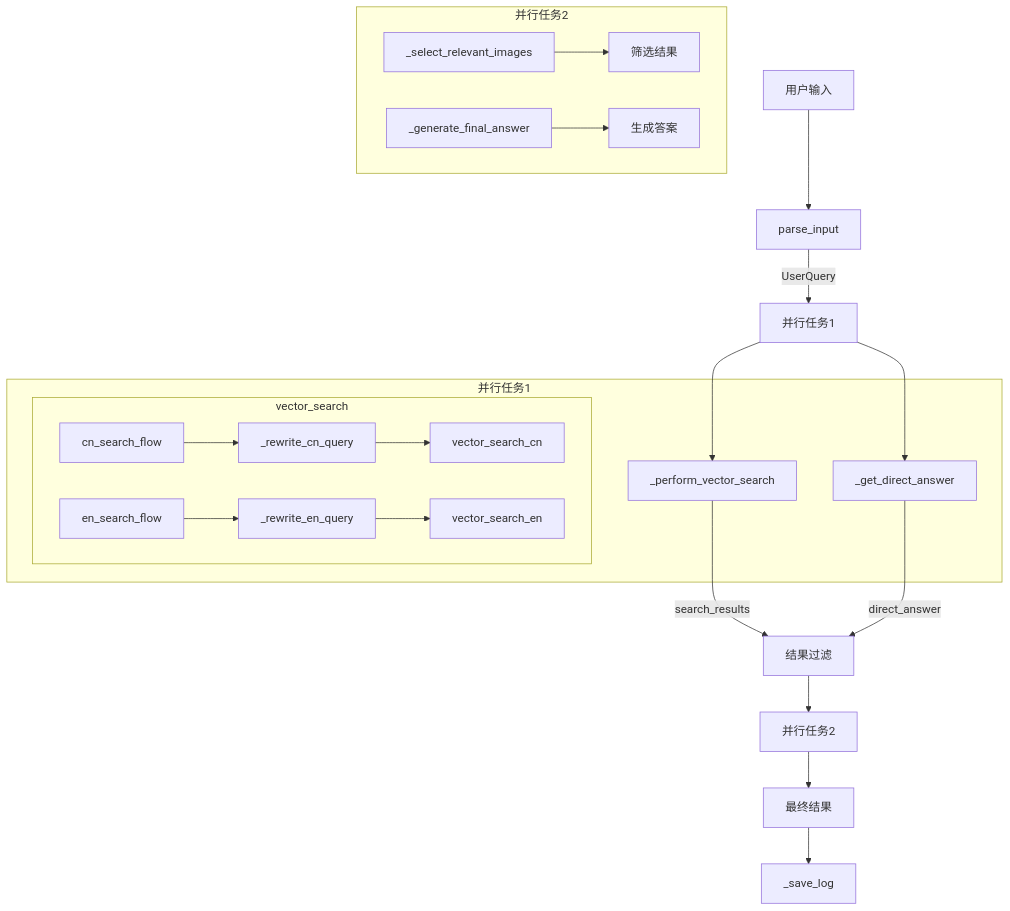
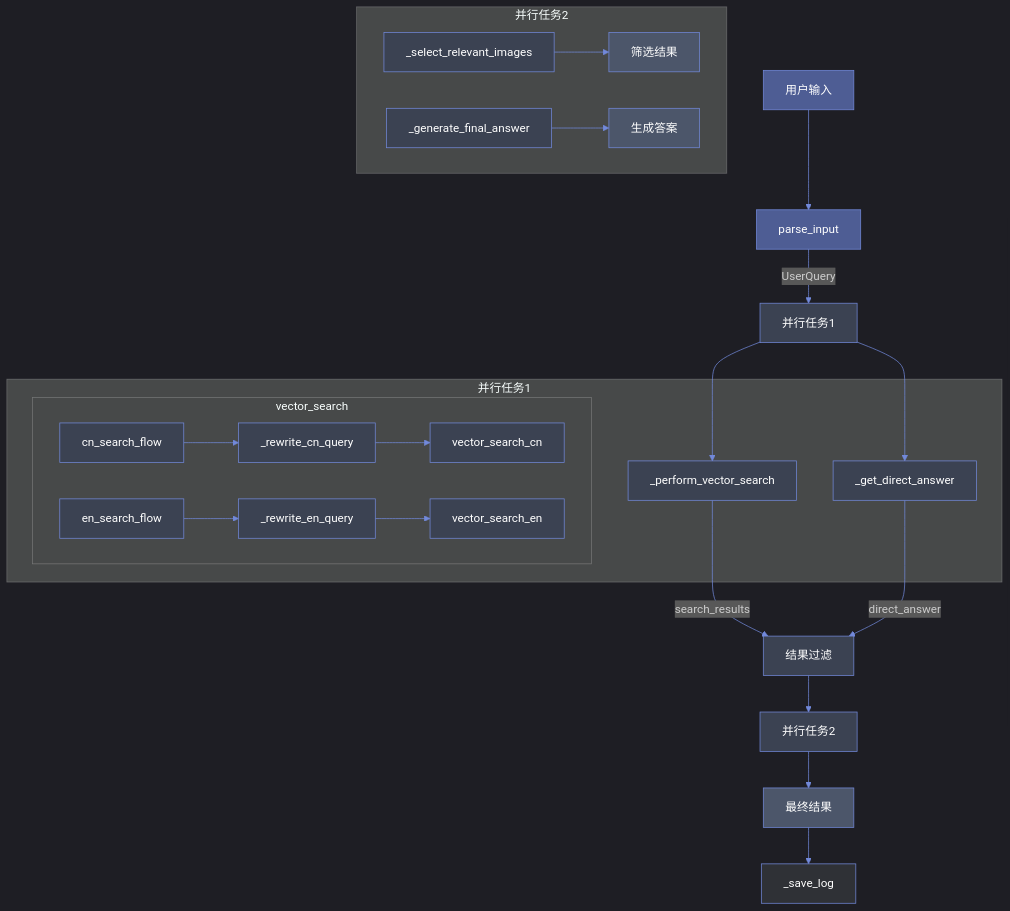
Before and after one commit to liushangjian/rag_edu_v3: the diagram in README.md, drawn with Mermaid.

````diff
--- a/README.md
+++ b/README.md
@@ -157,34 +157,57 @@
 ```mermaid
+%%{init: {
+  'theme': 'dark',
+  'themeVariables': {
+    'primaryColor': '#2f3136',
+    'primaryTextColor': '#fff',
+    'primaryBorderColor': '#7289da',
+    'lineColor': '#7289da',
+    'secondaryColor': '#2f3136',
+    'tertiaryColor': '#2f3136'
+  }
+}}%%
 graph TD
+    %% 设置节点样式
+    classDef default fill:#2f3136,stroke:#7289da,color:#fff
+    classDef input fill:#4e5d94,stroke:#7289da,color:#fff
+    classDef process fill:#3b4252,stroke:#7289da,color:#fff
+    classDef output fill:#4c566a,stroke:#7289da,color:#fff
+
     A[用户输入] --> B[parse_input]
     B --> |UserQuery| C[并行任务1]
     
     subgraph 并行任务1
         D[_perform_vector_search]
         E[_get_direct_answer]
         
         subgraph vector_search
             F[cn_search_flow] --> G[_rewrite_cn_query] --> H[vector_search_cn]
             I[en_search_flow] --> J[_rewrite_en_query] --> K[vector_search_en]
         end
     end
     
     C --> D
     C --> E
     
     D --> |search_results| L[结果过滤]
     E --> |direct_answer| L
     
     L --> M[并行任务2]
     
     subgraph 并行任务2
         N[_select_relevant_images]
         O[_generate_final_answer]
         
         N --> P[筛选结果]
         O --> Q[生成答案]
     end
     
     M --> R[最终结果]
     R --> S[_save_log]
+
+    %% 应用样式
+    class A,B input
+    class C,D,E,F,G,H,I,J,K,L,M,N,O process
+    class P,Q,R output
+    class S default
 ```
````
